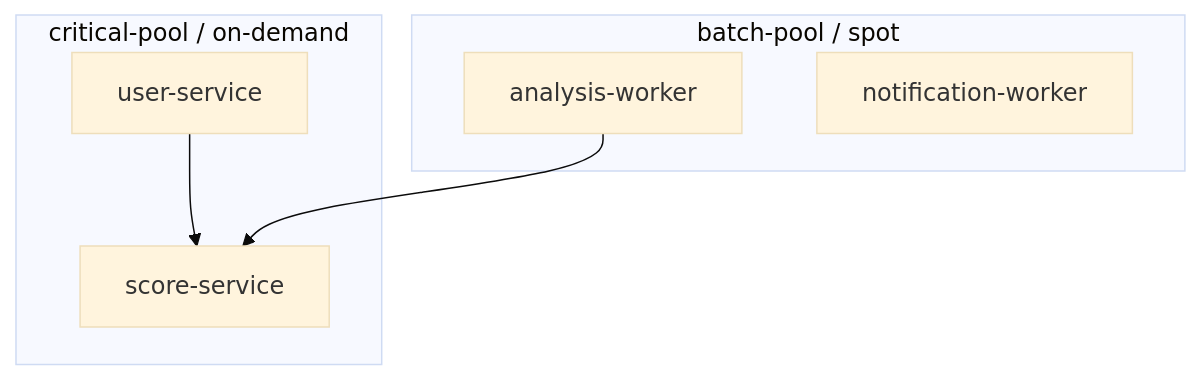
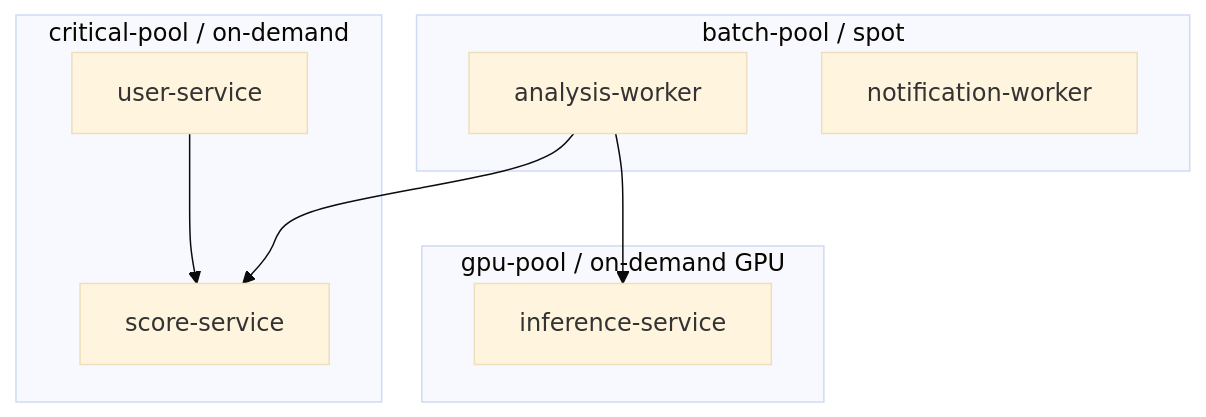
The third of 3 diagrams in bodybuddy-app/docs/architecture.md (dongjune8931/bdbd), drawn with Mermaid (base theme) before and after one commit. The commit also changed other lines of this file and 54 other files, not shown here.

Commit message:
feat: add cost-aware GPU OCR inference pipeline

````diff
--- a/bodybuddy-app/docs/architecture.md
+++ b/bodybuddy-app/docs/architecture.md
@@ -70,15 +73,20 @@
 ```mermaid
 flowchart TB
     subgraph critical["critical-pool / on-demand"]
         user["user-service"]
         score["score-service"]
     end
 
     subgraph batch["batch-pool / spot"]
         analysis["analysis-worker"]
         notification["notification-worker"]
     end
 
+    subgraph gpu["gpu-pool / on-demand GPU"]
+        inference["inference-service"]
+    end
+
     user --> score
+    analysis --> inference
     analysis --> score
 ```
````
